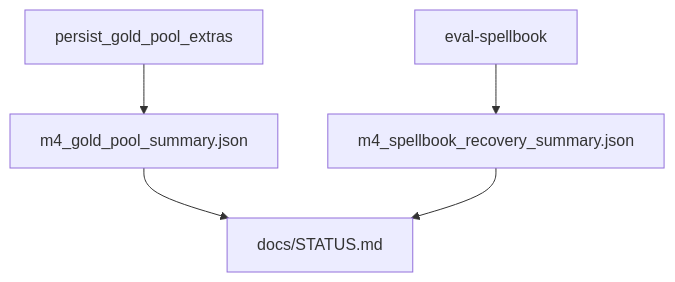
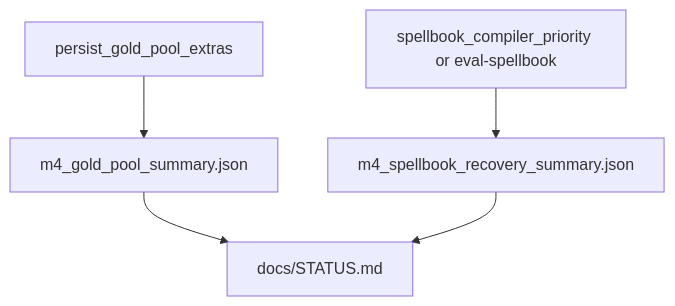
Before and after one commit to witzbeck/mtg-loop-engine: the diagram in eval/baseline/README.md, drawn with Mermaid. The commit also changed other lines of this file and 9 other files, not shown here.

````diff
--- a/eval/baseline/README.md
+++ b/eval/baseline/README.md
@@ -11,7 +11,7 @@
 ```mermaid
 graph TB;
   goldExtras[persist_gold_pool_extras] --> goldSummary[m4_gold_pool_summary.json];
-  spellbookRun[eval-spellbook] --> spellSummary[m4_spellbook_recovery_summary.json];
+  spellbookRun[spellbook_compiler_priority or eval-spellbook] --> spellSummary[m4_spellbook_recovery_summary.json];
   goldSummary --> status[docs/STATUS.md];
   spellSummary --> status;
 ```
````
